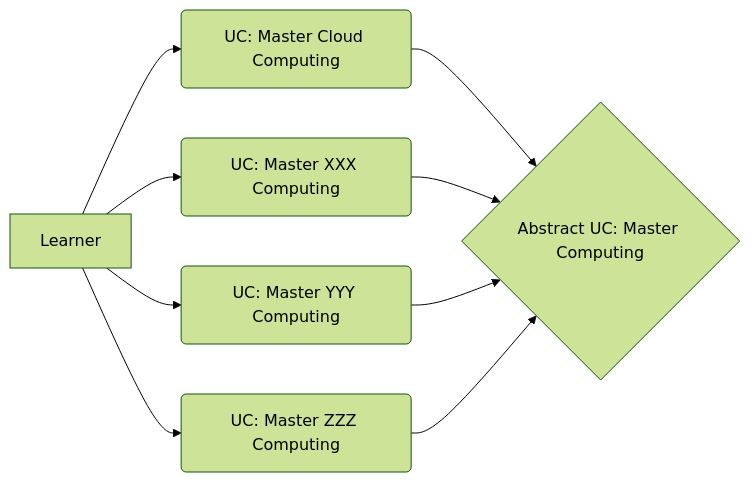
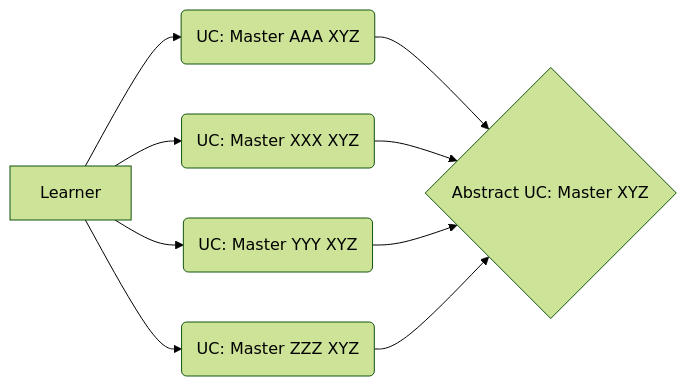
One commit to vanHeemstraSystems/learning-use-cases changed the diagram in index.qmd. Above: the diagram before and after it, drawn with Mermaid (forest theme). The commit also changed other lines of this file, not shown here.

````diff
--- a/index.qmd
+++ b/index.qmd
@@ -11,11 +11,11 @@
 ```{mermaid}
 flowchart LR
-  A[Learner] --> B(UC: Master Cloud Computing)
-  A[Learner] --> C(UC: Master XXX Computing)
-  A[Learner] --> D(UC: Master YYY Computing)
-  A[Learner] --> E(UC: Master ZZZ Computing)  
-  B --> F{Abstract UC: Master Computing}
-  C --> F{Abstract UC: Master Computing}
-  D --> F{Abstract UC: Master Computing}
-  E --> F{Abstract UC: Master Computing}
+  A[Learner] --> B(UC: Master AAA XYZ)
+  A[Learner] --> C(UC: Master XXX XYZ)
+  A[Learner] --> D(UC: Master YYY XYZ)
+  A[Learner] --> E(UC: Master ZZZ XYZ)  
+  B --> F{Abstract UC: Master XYZ}
+  C --> F{Abstract UC: Master XYZ}
+  D --> F{Abstract UC: Master XYZ}
+  E --> F{Abstract UC: Master XYZ}
 ```
````
